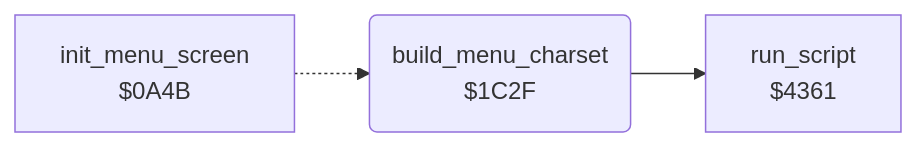
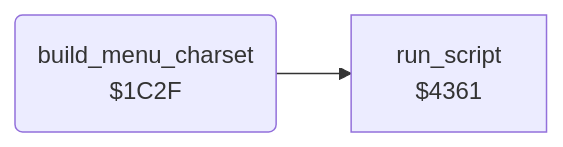
One commit to henols/c64_games changed the diagram in koala_painter/v2/docs/reference/modules/init/menu_charset.md. Above: the diagram before and after it, drawn with Mermaid. The commit also changed other lines of this file and 1100 other files, not shown here.

````diff
--- a/koala_painter/v2/docs/reference/modules/init/menu_charset.md
+++ b/koala_painter/v2/docs/reference/modules/init/menu_charset.md
@@ -10,8 +16,6 @@
 ```mermaid
 flowchart LR
-  n0a4b["init_menu_screen<br/>$0A4B"]
   n1c2f("build_menu_charset<br/>$1C2F")
   n4361["run_script<br/>$4361"]
-  n0a4b -.-> n1c2f
   n1c2f --> n4361
 ```
````
